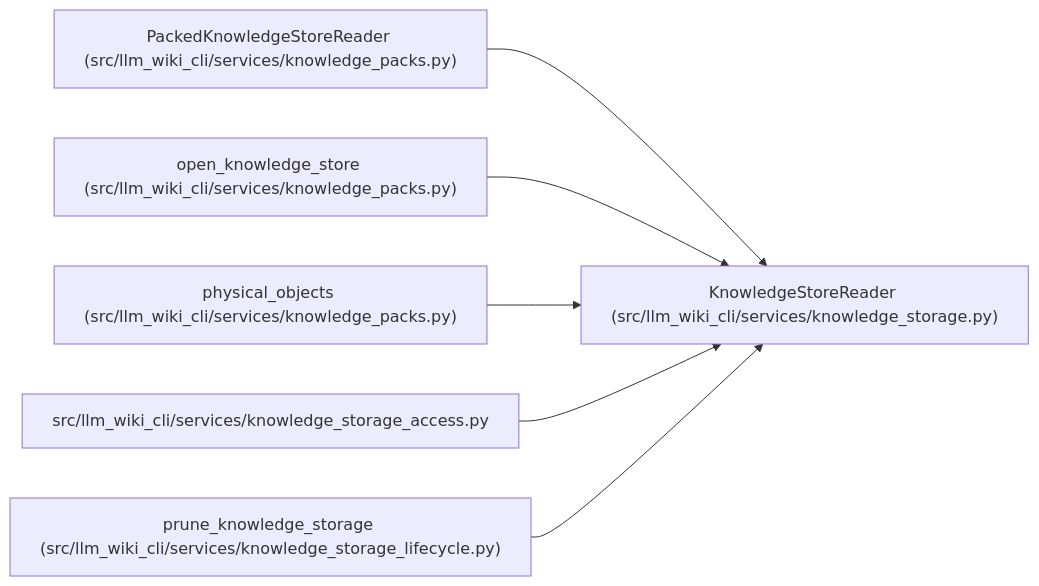
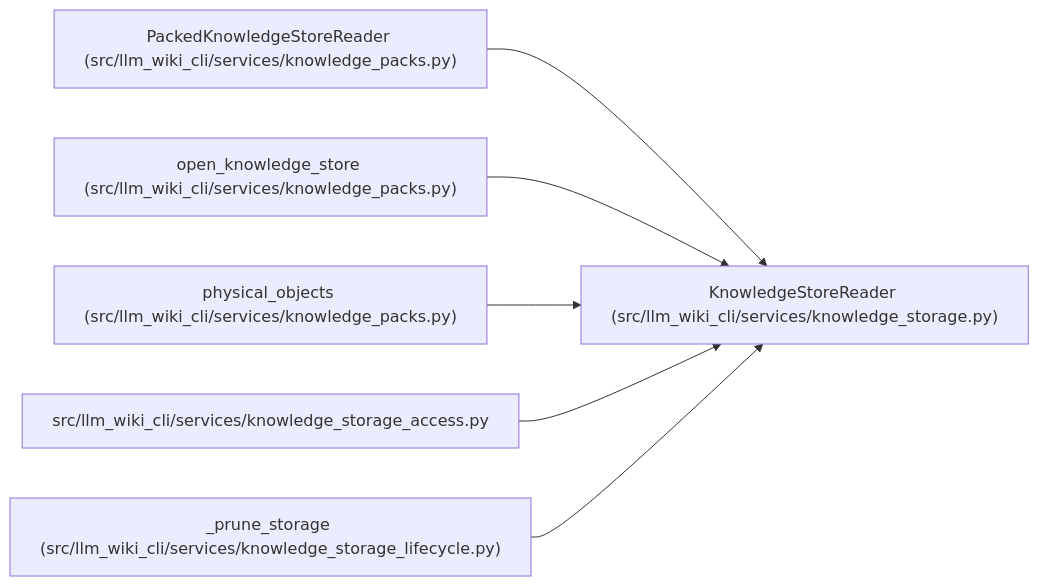
The diagram in docs/llm_wiki/entities/KnowledgeStoreReader.md (Denissvgn/python-wiki-llm), drawn with Mermaid before and after one commit. The commit also changed other lines of this file and 486 other files, not shown here.

First line of the commit message:
Improve knowledge storage performance and recoverable cleanup (#36)

````diff
--- a/docs/llm_wiki/entities/KnowledgeStoreReader.md
+++ b/docs/llm_wiki/entities/KnowledgeStoreReader.md
@@ -40,20 +40,20 @@
 ```mermaid
 flowchart LR
     n0["KnowledgeStoreReader (src/llm_wiki_cli/services/knowledge_storage.py)"]
     n1["PackedKnowledgeStoreReader (src/llm_wiki_cli/services/knowledge_packs.py)"]
     n2["open_knowledge_store (src/llm_wiki_cli/services/knowledge_packs.py)"]
     n3["physical_objects (src/llm_wiki_cli/services/knowledge_packs.py)"]
     n4["src/llm_wiki_cli/services/knowledge_storage_access.py"]
-    n5["prune_knowledge_storage (src/llm_wiki_cli/services/knowledge_storage_lifecycle.py)"]
+    n5["_prune_storage (src/llm_wiki_cli/services/knowledge_storage_lifecycle.py)"]
     n1 --> n0
     n2 --> n0
     n3 --> n0
     n4 --> n0
     n5 --> n0
     click n0 "../modules/knowledge_storage.md"
     click n1 "../modules/knowledge_packs.md"
     click n2 "../modules/knowledge_packs.md"
     click n3 "../modules/knowledge_packs.md"
     click n4 "../modules/knowledge_storage_access.md"
     click n5 "../modules/knowledge_storage_lifecycle.md"
 ```
````
